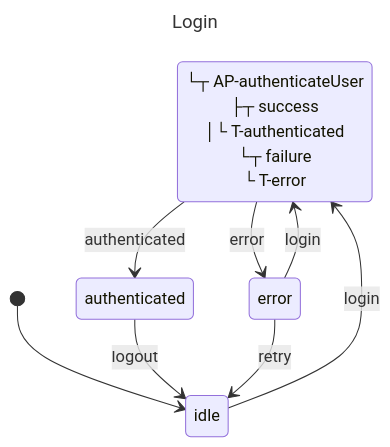
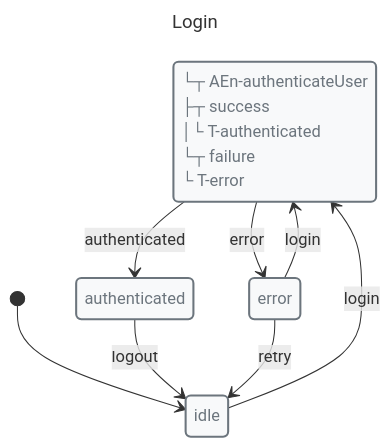
One commit to Masquerade-Circus/x-robot changed the diagram in media/login-flow.mmd. Above: the diagram before and after it, drawn with Mermaid. The commit also changed 145 other files, not shown here.

Commit message:
refactor: regenerate docs and mermaid implementation

```diff
--- a/media/login-flow.mmd
+++ b/media/login-flow.mmd
@@ -1,27 +1,31 @@
 ---
 title: Login
 ---
 
 stateDiagram-v2
 
 classDef danger fill:#f8d7da,stroke:#721c24,stroke-width:2px,text-align:left,color:#721c24
 classDef warning fill:#fff3cd,stroke:#856404,stroke-width:2px,text-align:left,color:#856404
 classDef success fill:#d4edda,stroke:#155724,stroke-width:2px,text-align:left,color:#155724
 classDef primary fill:#cce5ff,stroke:#004085,stroke-width:2px,text-align:left,color:#004085
 classDef info fill:#d1ecf1,stroke:#0c5460,stroke-width:2px,text-align:left,color:#0c5460
 classDef def fill:#f8f9fa,stroke:#6c757d,stroke-width:2px,text-align:left,color:#6c757d
 
 state idle
 state authenticating
 state authenticated
 state error
+class idle def
+class authenticating def
+class authenticated def
+class error def
 
-authenticating: └┬ AP-authenticateUser<br> ├┬ success<br> │└ T-authenticated<br> └┬ failure<br>  └ T-error
+authenticating: └┬ AEn-authenticateUser<br> ├┬ success<br> │└ T-authenticated<br> └┬ failure<br>  └ T-error
 
 [*] --> idle
 idle --> authenticating: login
 authenticating --> authenticated: authenticated
 authenticating --> error: error
 authenticated --> idle: logout
 error --> idle: retry
 error --> authenticating: login
```
